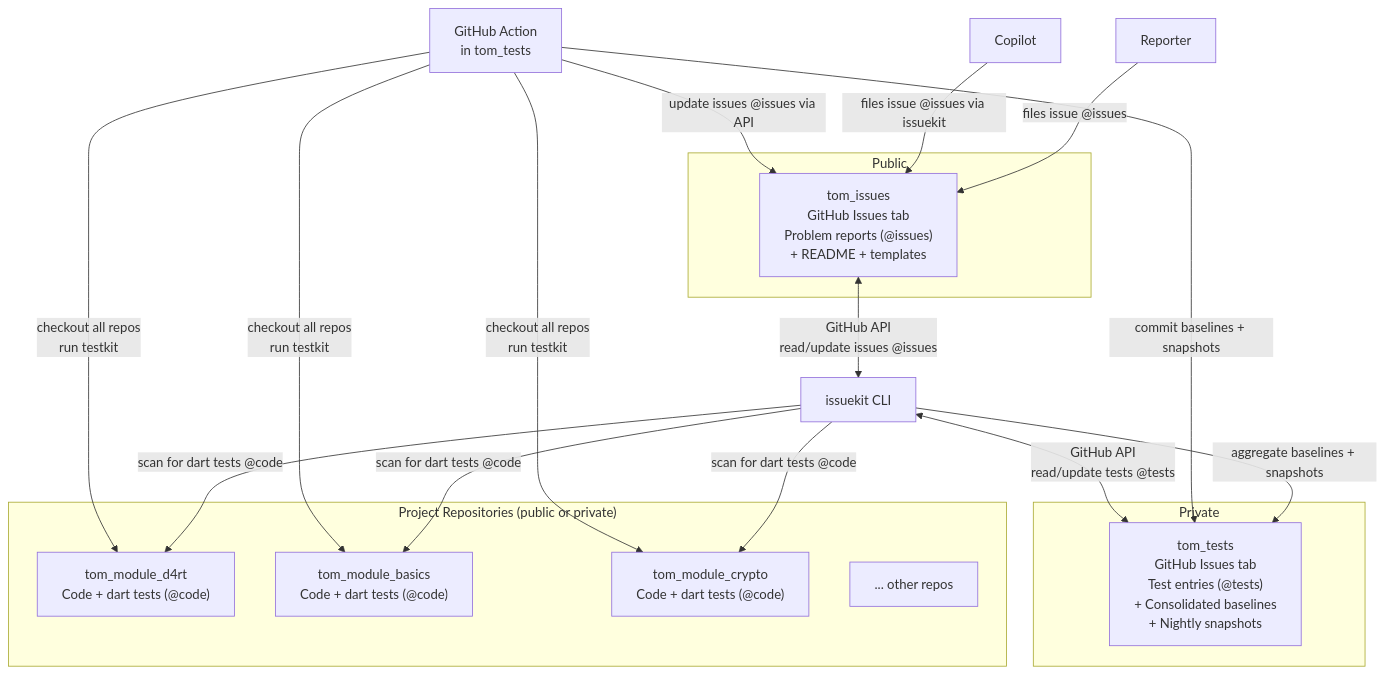
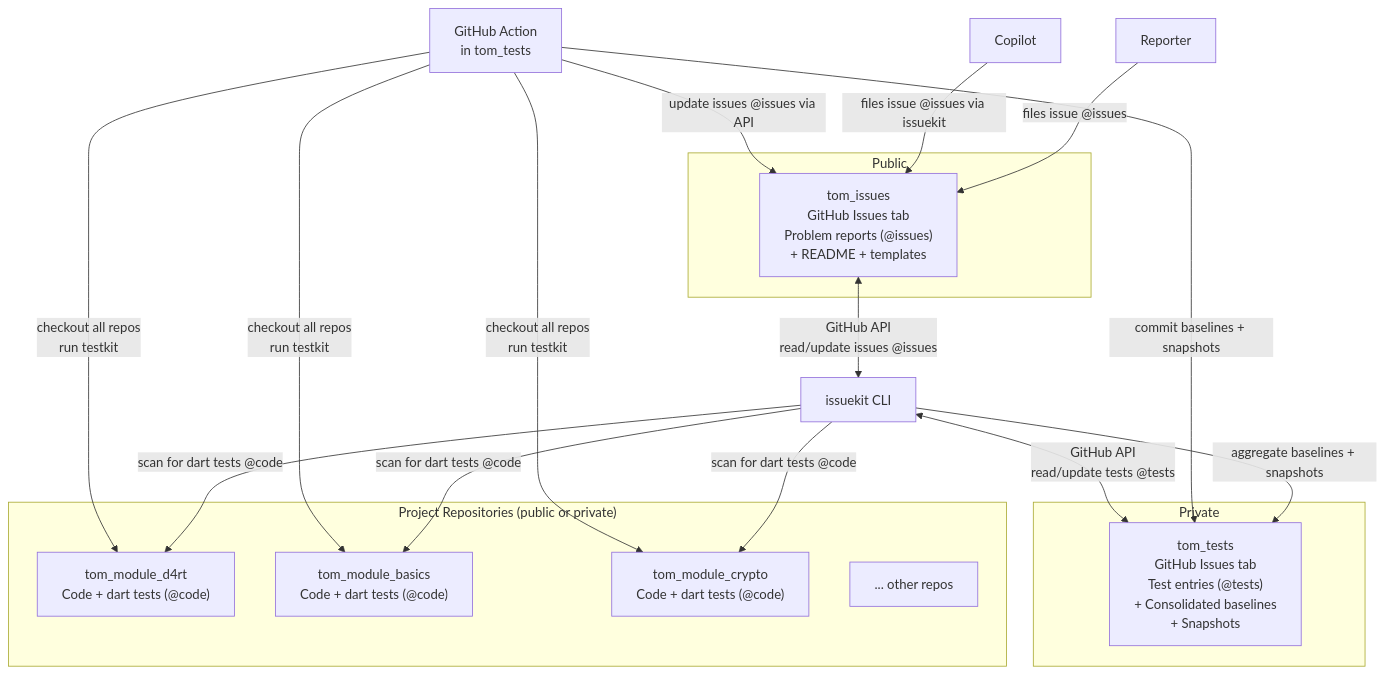
The second of 10 diagrams in tom_issue_kit/doc/issue_tracking.md (al-the-bear/tom_devops), drawn with Mermaid before and after one commit. The commit also changed other lines of this file and 15 other files, not shown here.

First line of the commit message:
tom_issue_kit 1.5.0: :run-tests runs testkit locally; --github dispatches only where Actions is on

````diff
--- a/tom_issue_kit/doc/issue_tracking.md
+++ b/tom_issue_kit/doc/issue_tracking.md
@@ -122,35 +122,35 @@
 ```mermaid
 graph TB
     subgraph "Public"
         TI["tom_issues<br/>GitHub Issues tab<br/>Problem reports (@issues)<br/>+ README + templates"]
     end
 
     subgraph "Private"
-        TT["tom_tests<br/>GitHub Issues tab<br/>Test entries (@tests)<br/>+ Consolidated baselines<br/>+ Nightly snapshots"]
+        TT["tom_tests<br/>GitHub Issues tab<br/>Test entries (@tests)<br/>+ Consolidated baselines<br/>+ Snapshots"]
     end
 
     subgraph "Project Repositories (public or private)"
         P1["tom_module_d4rt<br/>Code + dart tests (@code)"]
         P2["tom_module_basics<br/>Code + dart tests (@code)"]
         P3["tom_module_crypto<br/>Code + dart tests (@code)"]
         PN["... other repos"]
     end
 
     Reporter -->|files issue @issues| TI
     Copilot -->|"files issue @issues via issuekit"| TI
 
     IK["issuekit CLI"]
 
     TI <-->|"GitHub API<br/>read/update issues @issues"| IK
     TT <-->|"GitHub API<br/>read/update tests @tests"| IK
     IK -->|"scan for dart tests @code"| P1
     IK -->|"scan for dart tests @code"| P2
     IK -->|"scan for dart tests @code"| P3
     IK -->|aggregate baselines + snapshots| TT
 
     GA["GitHub Action<br/>in tom_tests"] -->|"checkout all repos<br/>run testkit"| P1
     GA -->|"checkout all repos<br/>run testkit"| P2
     GA -->|"checkout all repos<br/>run testkit"| P3
     GA -->|commit baselines + snapshots| TT
     GA -->|"update issues @issues via API"| TI
 ```
````
